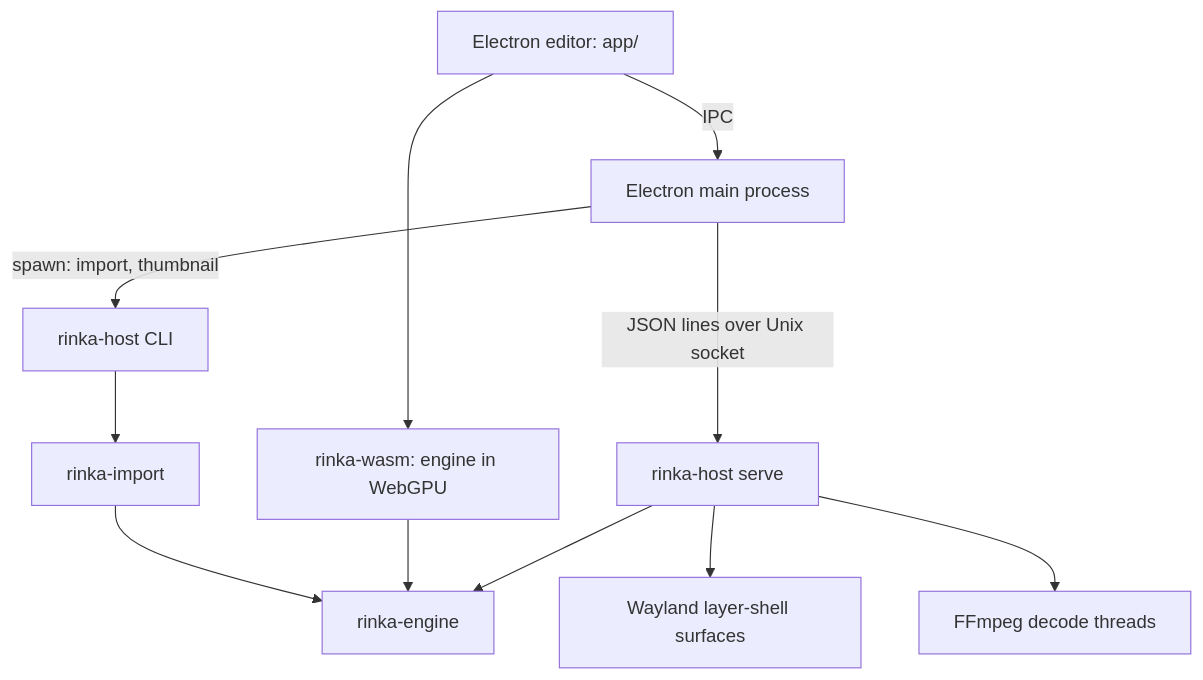
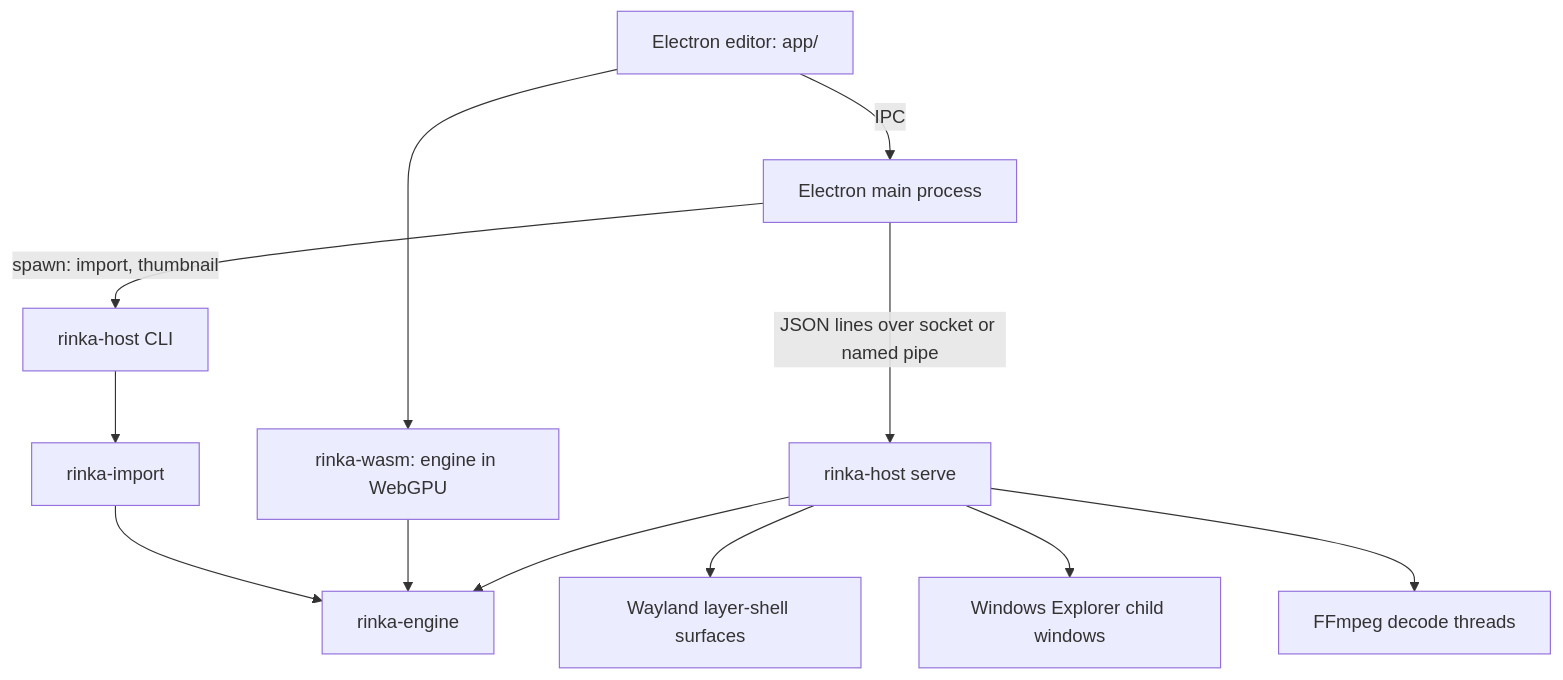
Before and after one commit to zaroc-dev/rinka: the diagram in .agents/architecture.md, drawn with Mermaid. The commit also changed other lines of this file and 16 other files, not shown here.

````diff
--- a/.agents/architecture.md
+++ b/.agents/architecture.md
@@ -3,13 +3,14 @@
 ```mermaid
 flowchart TD
     UI[Electron editor: app/] -->|IPC| MAIN[Electron main process]
     MAIN -->|spawn: import, thumbnail| HOSTCLI[rinka-host CLI]
-    MAIN -->|JSON lines over Unix socket| HOST[rinka-host serve]
+    MAIN -->|JSON lines over socket or named pipe| HOST[rinka-host serve]
     UI --> WASM[rinka-wasm: engine in WebGPU]
     HOSTCLI --> IMPORT[rinka-import]
     HOST --> ENGINE[rinka-engine]
     WASM --> ENGINE
     IMPORT --> ENGINE
     HOST --> WL[Wayland layer-shell surfaces]
+    HOST --> WIN[Windows Explorer child windows]
     HOST --> FF[FFmpeg decode threads]
 ```
````
